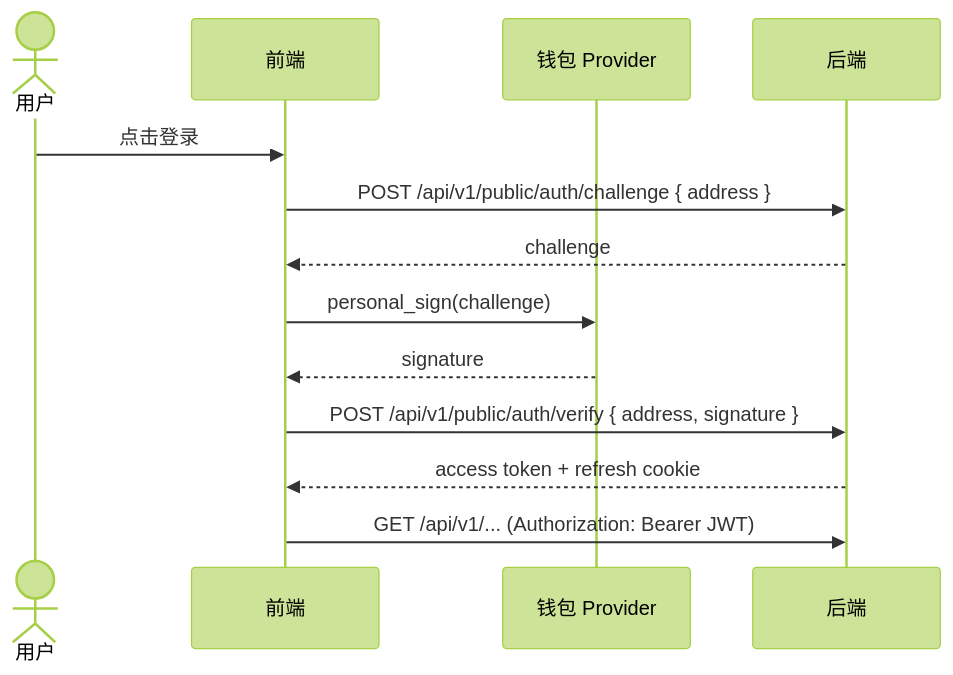
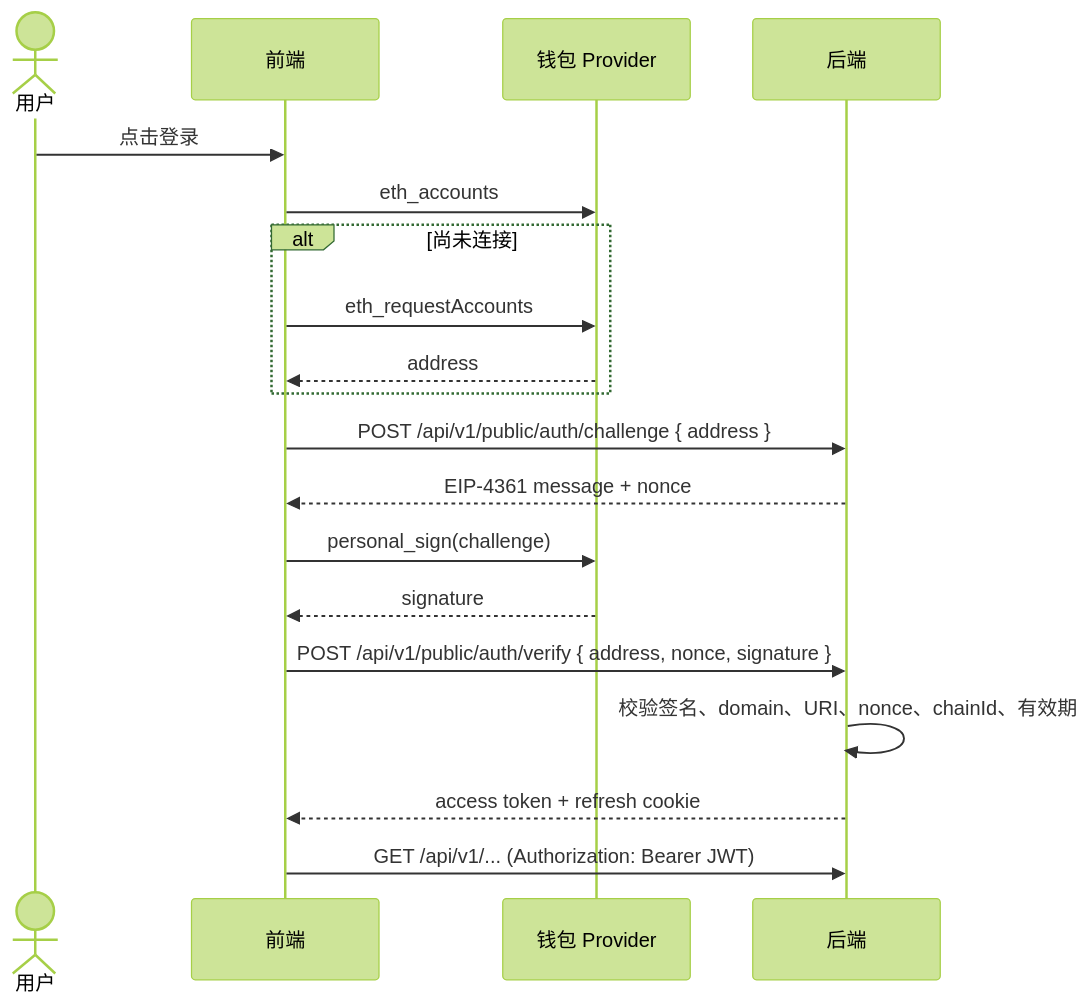
The first of 7 diagrams in docs/登录授权.md (yeying-community/node), drawn with Mermaid (forest theme) before and after one commit. The commit also changed other lines of this file and 24 other files, not shown here.

````diff
--- a/docs/登录授权.md
+++ b/docs/登录授权.md
@@ -20,16 +22,22 @@
 ```mermaid
 sequenceDiagram
   actor U as 用户
   participant FE as 前端
   participant WP as 钱包 Provider
   participant BE as 后端
 
   U ->> FE: 点击登录
+  FE ->> WP: eth_accounts
+  alt 尚未连接
+    FE ->> WP: eth_requestAccounts
+    WP -->> FE: address
+  end
   FE ->> BE: POST /api/v1/public/auth/challenge { address }
-  BE -->> FE: challenge
+  BE -->> FE: EIP-4361 message + nonce
   FE ->> WP: personal_sign(challenge)
   WP -->> FE: signature
-  FE ->> BE: POST /api/v1/public/auth/verify { address, signature }
+  FE ->> BE: POST /api/v1/public/auth/verify { address, nonce, signature }
+  BE ->> BE: 校验签名、domain、URI、nonce、chainId、有效期
   BE -->> FE: access token + refresh cookie
   FE ->> BE: GET /api/v1/... (Authorization: Bearer JWT)
 ```
````
